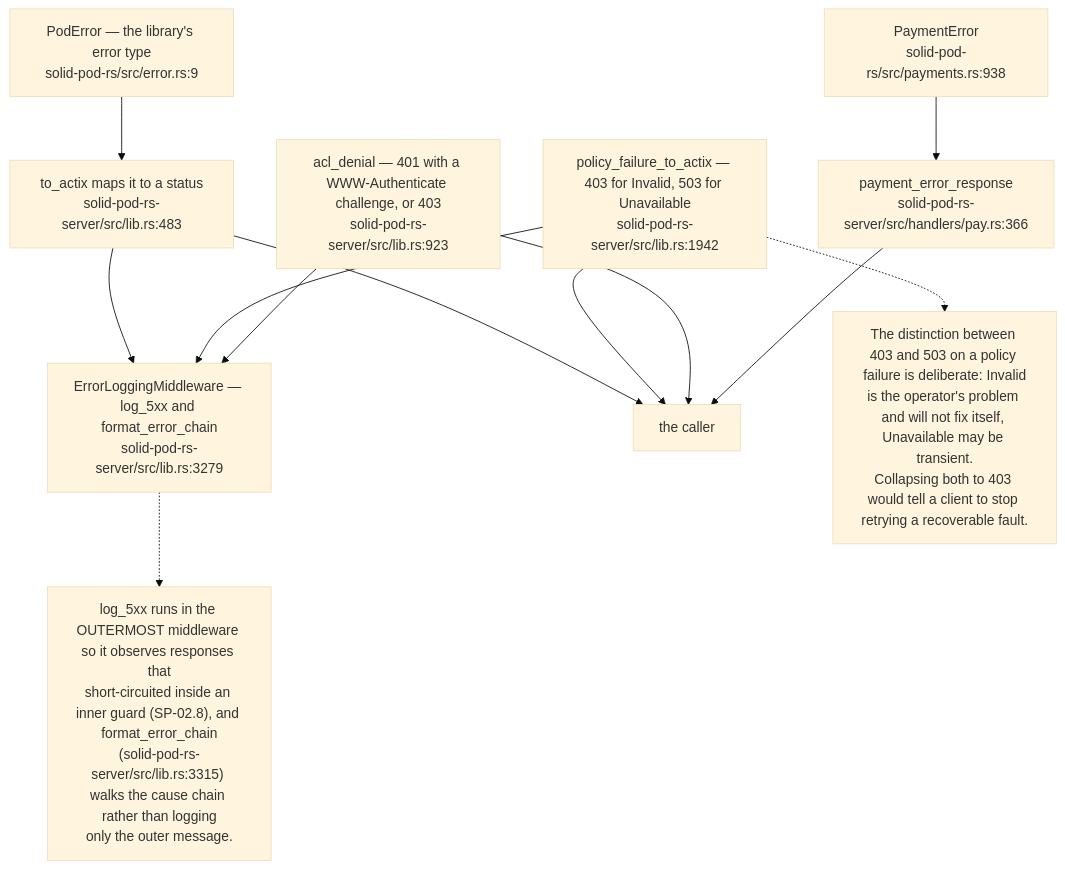
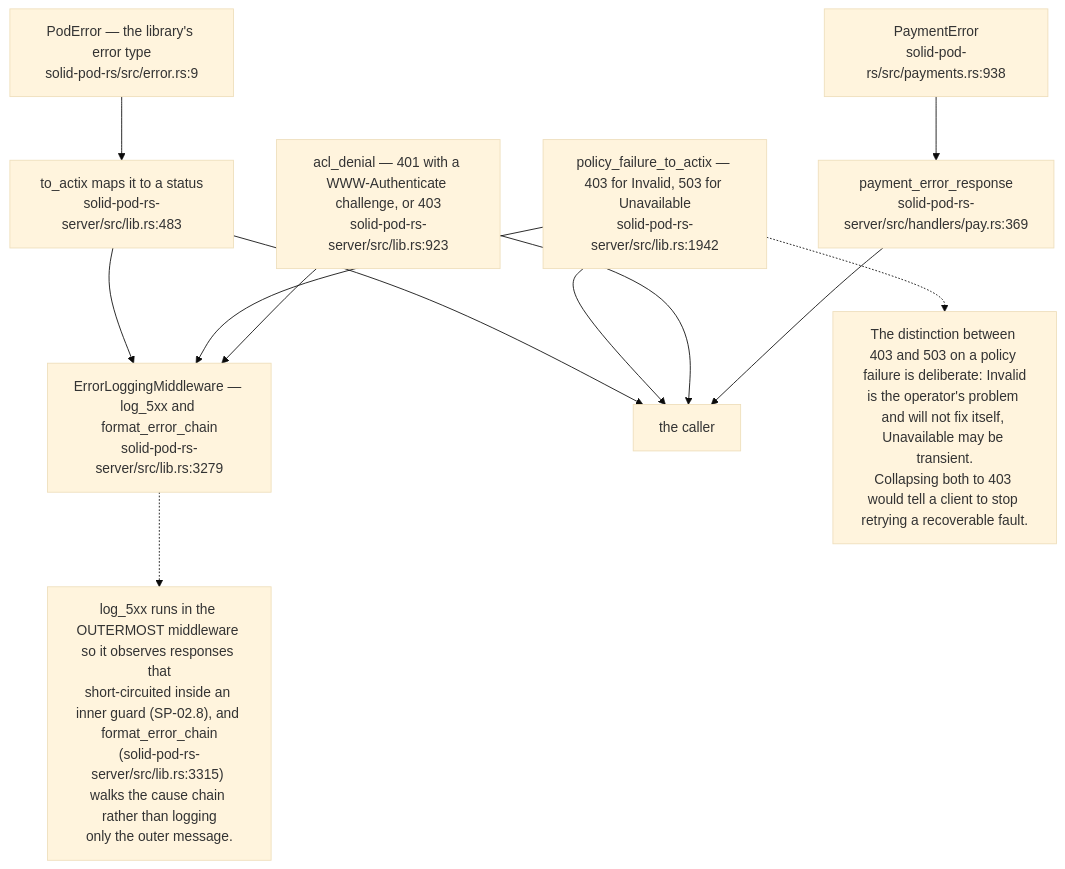
One commit to DreamLab-AI/VisionFlow changed the ninth of 12 diagrams in docs/diagrams/solid-pod-rs/10-failure-modes-and-invariants.md. Above: the diagram before and after it, drawn with Mermaid (base theme). The commit also changed other lines of this file and 10 other files, not shown here.

First line of the commit message:
docs(diagrams): close ER-1 to ER-4 and ER-33 across ten topics, re-stamped

````diff
--- a/docs/diagrams/solid-pod-rs/10-failure-modes-and-invariants.md
+++ b/docs/diagrams/solid-pod-rs/10-failure-modes-and-invariants.md
@@ -246,24 +247,24 @@
 ```mermaid
 flowchart TD
     POD["PodError — the library's error type<br/>solid-pod-rs/src/error.rs:9"]
     TA["to_actix maps it to a status<br/>solid-pod-rs-server/src/lib.rs:483"]
     PF["policy_failure_to_actix — 403 for Invalid, 503 for Unavailable<br/>solid-pod-rs-server/src/lib.rs:1942"]
     AD["acl_denial — 401 with a WWW-Authenticate challenge, or 403<br/>solid-pod-rs-server/src/lib.rs:923"]
     PE["PaymentError<br/>solid-pod-rs/src/payments.rs:938"]
-    PR["payment_error_response<br/>solid-pod-rs-server/src/handlers/pay.rs:366"]
+    PR["payment_error_response<br/>solid-pod-rs-server/src/handlers/pay.rs:369"]
     LOG["ErrorLoggingMiddleware — log_5xx and format_error_chain<br/>solid-pod-rs-server/src/lib.rs:3279"]
     C["the caller"]
 
     POD --> TA --> C
     PF --> C
     AD --> C
     PE --> PR --> C
     TA --> LOG
     PF --> LOG
     AD --> LOG
 
     N["The distinction between 403 and 503 on a policy failure is deliberate: Invalid<br/>is the operator's problem and will not fix itself, Unavailable may be transient.<br/>Collapsing both to 403 would tell a client to stop retrying a recoverable fault."]
     PF -.-> N
     N2["log_5xx runs in the OUTERMOST middleware so it observes responses that<br/>short-circuited inside an inner guard (SP-02.8), and format_error_chain<br/>(solid-pod-rs-server/src/lib.rs:3315) walks the cause chain rather than logging<br/>only the outer message."]
     LOG -.-> N2
 ```
````
